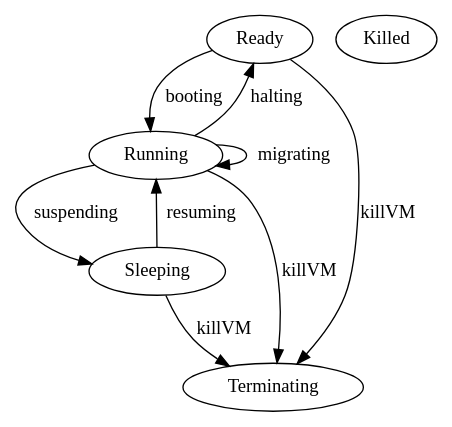
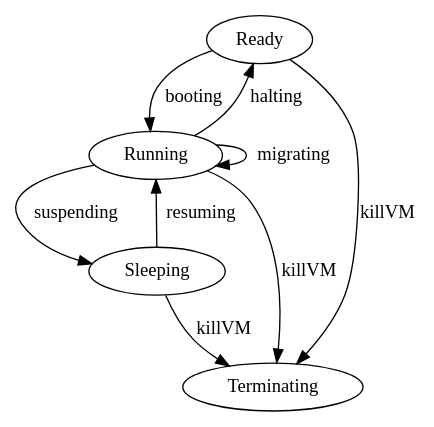
One commit to btrplace/scheduler changed the diagram in doc/VMlifeCycle.dot. Above: the diagram before and after it, drawn with Graphviz. The commit also changed 48 other files, not shown here.

```diff
--- a/doc/VMlifeCycle.dot
+++ b/doc/VMlifeCycle.dot
@@ -1,16 +1,15 @@
 digraph G{
 	Ready
 	Running
 	Sleeping
-	Killed
 
 	Ready -> Running [label="booting"]
 	Running -> Running [label="migrating"]
 	Running -> Sleeping [label="suspending"]
 	Sleeping -> Running [label="resuming"]
 	Running -> Ready [label="halting"]
 
 	Ready -> Terminating [label="killVM"]
 	Running -> Terminating [label="killVM"]
 	Sleeping -> Terminating [label="killVM"]
 }
```
